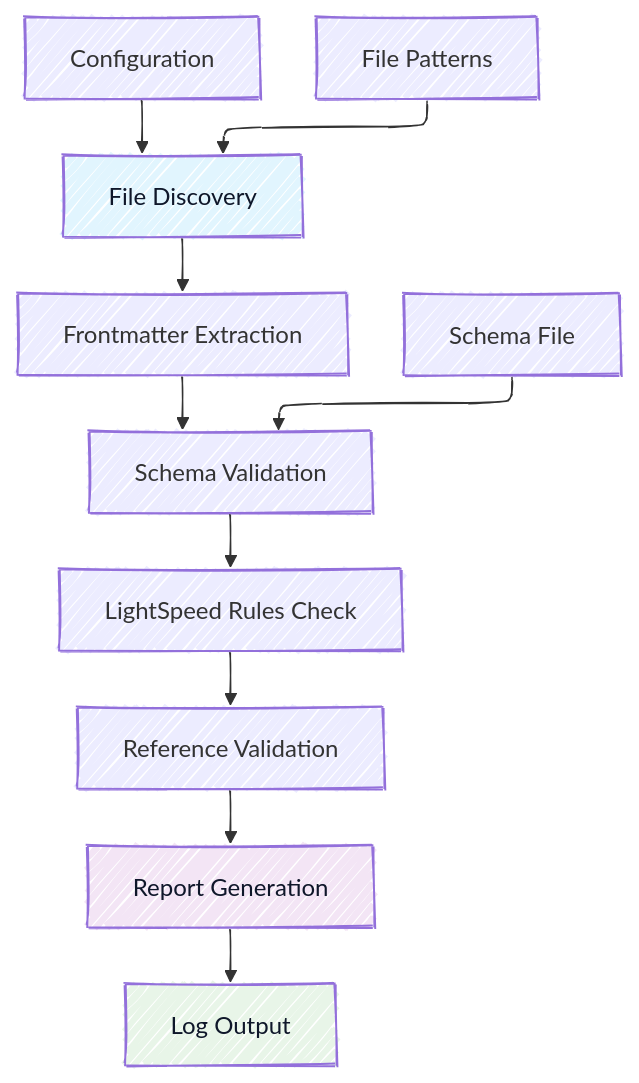
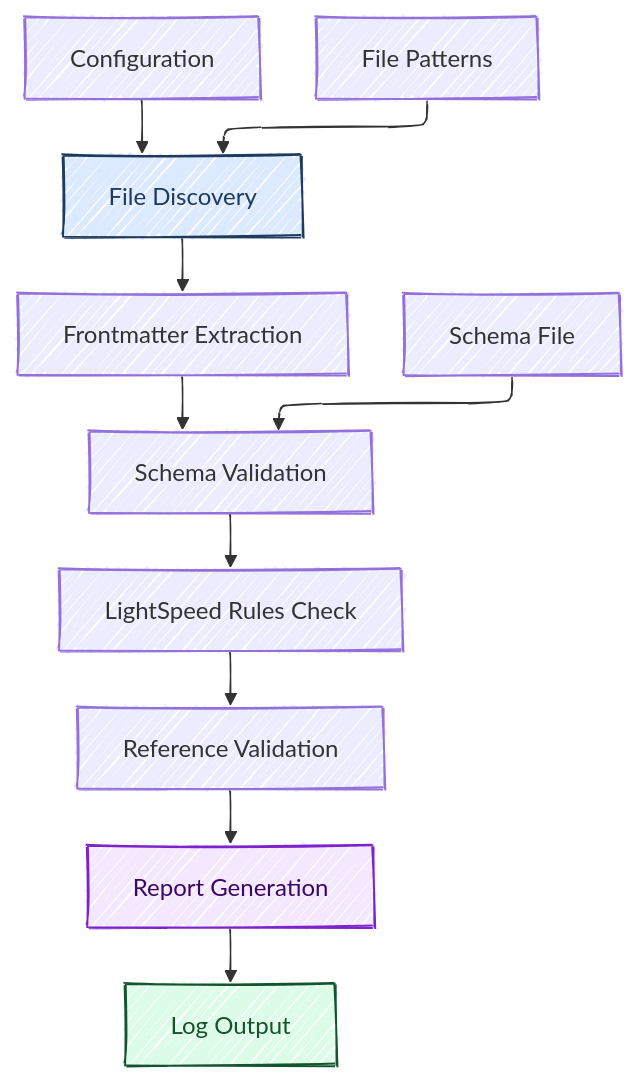
One commit to lightspeedwp/.github changed the diagram in scripts/validation/README.md. Above: the diagram before and after it, drawn with Mermaid. The commit also changed other lines of this file and 181 other files, not shown here.

Commit message:
docs: maintenance updates (Mermaid + staleness)

````diff
--- a/scripts/validation/README.md
+++ b/scripts/validation/README.md
@@ -38,25 +38,25 @@
 ```mermaid
 ---
 config:
   theme: default
   look: handDrawn
   layout: elk
   accTitle: Validation System Flow
   accDescr: Flowchart showing file discovery through log output with configuration, schema, and pattern inputs
 ---
 graph TD
     A[File Discovery] --> B[Frontmatter Extraction]
     B --> C[Schema Validation]
     C --> D[LightSpeed Rules Check]
     D --> E[Reference Validation]
     E --> F[Report Generation]
     F --> G[Log Output]
 
     H[Configuration] --> A
     I[Schema File] --> C
     J[File Patterns] --> A
 
-    style A fill:#e1f5fe,color:#0f172a
-    style F fill:#f3e5f5,color:#0f172a
-    style G fill:#e8f5e8,color:#0f172a
+    style A fill:#dbeafe,color:#1e3a5f,stroke:#1e3a5f
+    style F fill:#f3e8ff,color:#3b0764,stroke:#7e22ce
+    style G fill:#dcfce7,color:#14532d,stroke:#14532d
 ```
````
